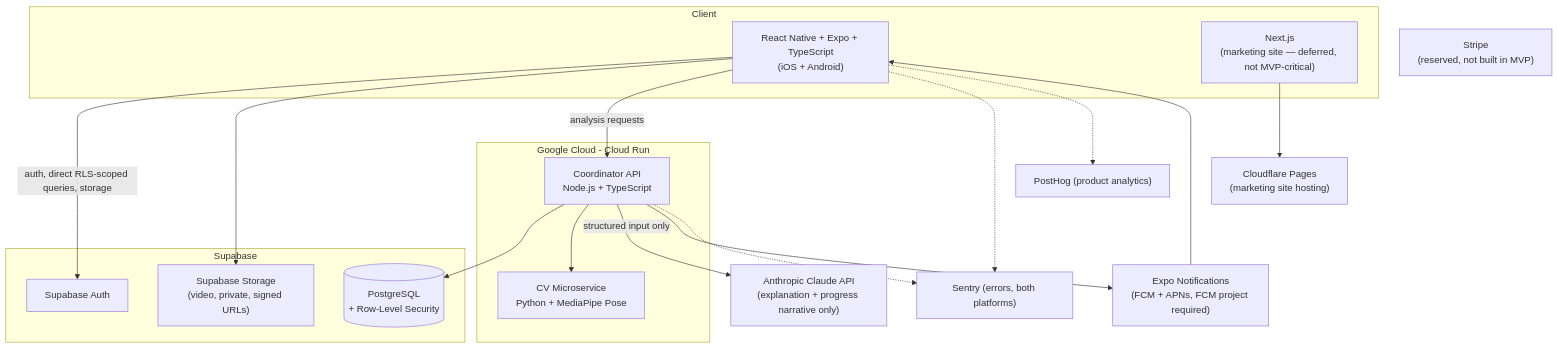
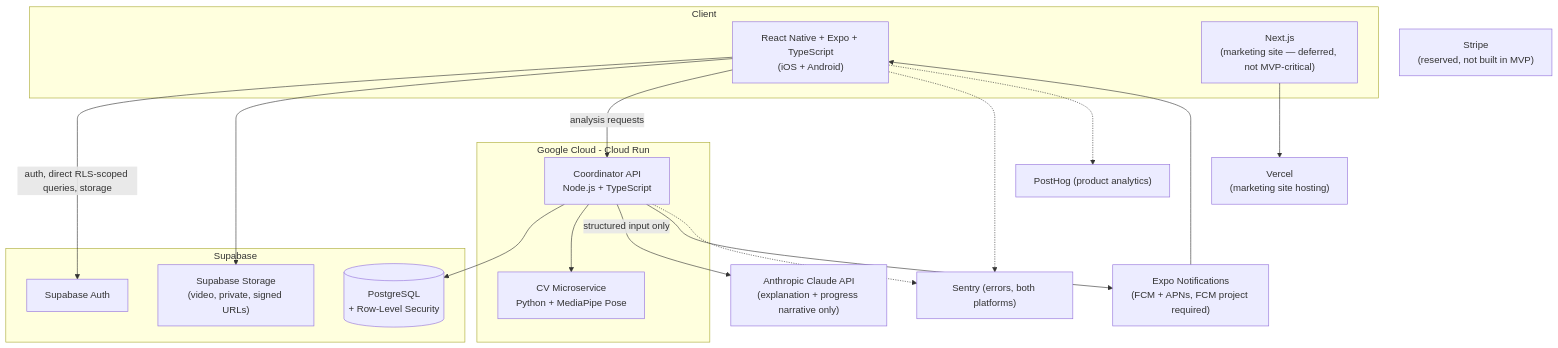
One commit to zig61/cricketaiapp changed the diagram in docs/13-technology-decisions.md. Above: the diagram before and after it, drawn with Mermaid. The commit also changed other lines of this file and 17 other files, not shown here.

First line of the commit message:
Add Next.js marketing site scaffold, switch marketing-site host to Vercel

````diff
--- a/docs/13-technology-decisions.md
+++ b/docs/13-technology-decisions.md
@@ -336,37 +344,37 @@
 ```mermaid
 graph TB
     subgraph Client
         Mobile["React Native + Expo + TypeScript\n(iOS + Android)"]
         Web["Next.js\n(marketing site — deferred, not MVP-critical)"]
     end
 
     subgraph Google Cloud - Cloud Run
         API["Coordinator API\nNode.js + TypeScript"]
         CV["CV Microservice\nPython + MediaPipe Pose"]
     end
 
     subgraph Supabase
         PG[("PostgreSQL\n+ Row-Level Security")]
         Auth["Supabase Auth"]
         Storage["Supabase Storage\n(video, private, signed URLs)"]
     end
 
     Claude["Anthropic Claude API\n(explanation + progress narrative only)"]
     Sentry["Sentry (errors, both platforms)"]
     PostHog["PostHog (product analytics)"]
     ExpoPush["Expo Notifications\n(FCM + APNs, FCM project required)"]
-    CFPages["Cloudflare Pages\n(marketing site hosting)"]
+    VercelHost["Vercel\n(marketing site hosting)"]
     Stripe["Stripe\n(reserved, not built in MVP)"]
 
     Mobile -->|auth, direct RLS-scoped queries, storage| Auth
     Mobile --> Storage
     Mobile -->|analysis requests| API
     API --> PG
     API --> CV
     API -->|structured input only| Claude
     API --> ExpoPush --> Mobile
     Mobile -.-> Sentry
     API -.-> Sentry
     Mobile -.-> PostHog
-    Web --> CFPages
+    Web --> VercelHost
 ```
````
